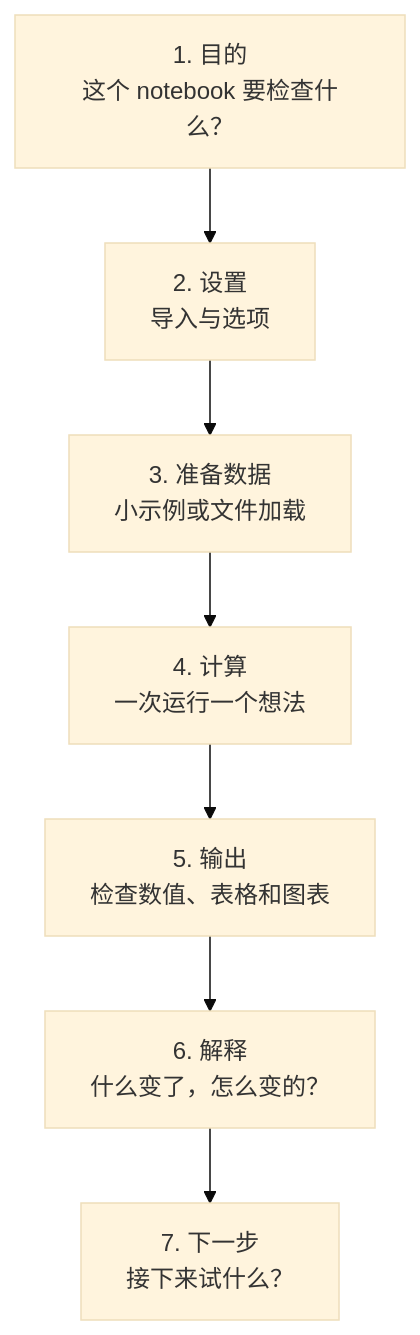
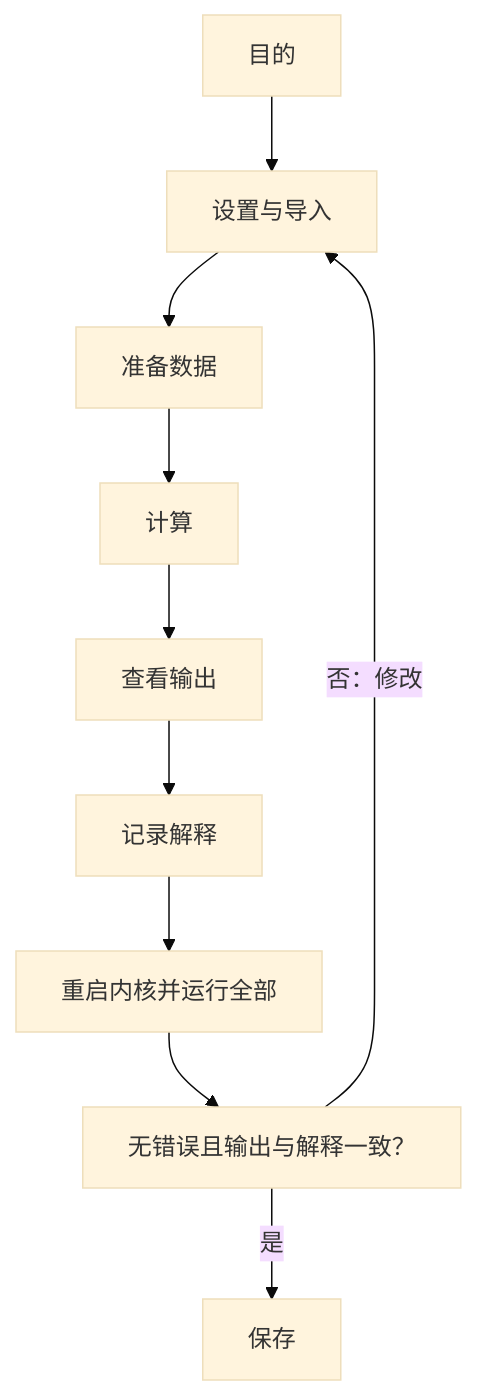
Before and after one commit to devchan64/AiBook: the diagram in docs/assets/part-02/chapter-10/notebook-rerun-flow-zh.mmd, drawn with Mermaid (base theme). The commit also changed 28 other files, not shown here.

Commit message:
docs: reinforce P2-10 notebooks and require Mermaid for suitable diagrams

```diff
--- a/docs/assets/part-02/chapter-10/notebook-rerun-flow-zh.mmd
+++ b/docs/assets/part-02/chapter-10/notebook-rerun-flow-zh.mmd
@@ -1,10 +1,13 @@
 flowchart TB
-  A["1. 目的<br/>这个 notebook 要检查什么？"]
-  B["2. 设置<br/>导入与选项"]
-  C["3. 准备数据<br/>小示例或文件加载"]
-  D["4. 计算<br/>一次运行一个想法"]
-  E["5. 输出<br/>检查数值、表格和图表"]
-  F["6. 解释<br/>什么变了，怎么变的？"]
-  G["7. 下一步<br/>接下来试什么？"]
-
-  A --> B --> C --> D --> E --> F --> G
+  A["目的"]
+  B["设置与导入"]
+  C["准备数据"]
+  D["计算"]
+  E["查看输出"]
+  F["记录解释"]
+  G["重启内核并运行全部"]
+  H["无错误且输出与解释一致？"]
+  I["保存"]
+  A --> B --> C --> D --> E --> F --> G --> H
+  H -->|是| I
+  H -->|否：修改| B
```
